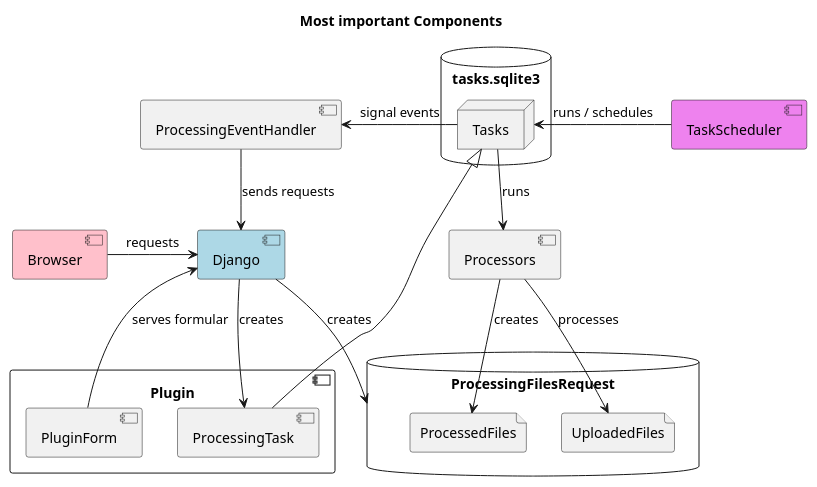
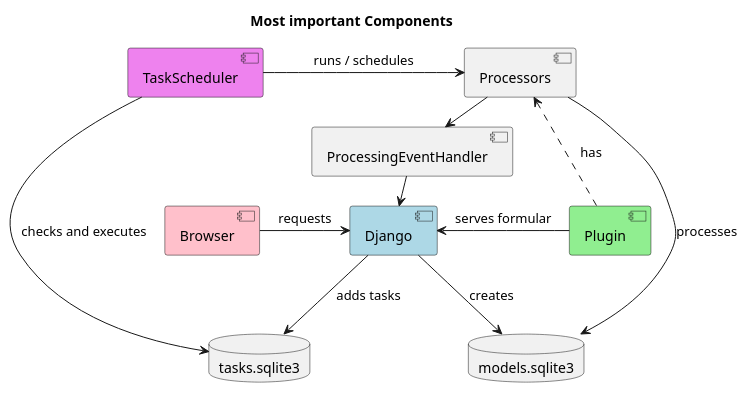
One commit to pIlIp-d/PDF-Compressor changed the diagram in documentation/diagrams/source/components.puml. Above: the diagram before and after it, drawn with PlantUML. The commit also changed 1 other file, not shown here.

Commit message:
simplified Components diagram

```diff
--- a/documentation/diagrams/source/components.puml
+++ b/documentation/diagrams/source/components.puml
@@ -1,32 +1,25 @@
 @startuml
 
     title Most important Components
     component Browser #pink
     component Django #lightblue
     component TaskScheduler #violet
     component Processors
-    database ProcessingFilesRequest{
-        file ProcessedFiles
-        file UploadedFiles
-    }
-    component Plugin {
-        component ProcessingTask
-        component PluginForm
-    }
-    database tasks.sqlite3 {
-        node Tasks
-    }
+    component Plugin #lightgreen
+    component ProcessingEventHandler
+    database models.sqlite3
+    database tasks.sqlite3
 
-    Django -down-> ProcessingFilesRequest: creates
-    Browser -right-> Django: requests
-    TaskScheduler -> Tasks: runs / schedules
-    Tasks --> [ProcessingEventHandler]: signal events
-    ProcessingEventHandler --> Django: sends requests
+    Django --> models.sqlite3: creates
+    Django --> tasks.sqlite3: adds tasks
+    Plugin -> Django: serves formular
+    Plugin -up.> Processors: has
 
-    ProcessingTask -down-|> Tasks
-    Tasks --> Processors: runs
-    Django -down-> ProcessingTask: creates
-    PluginForm -up-> Django: serves formular
-    Processors --> UploadedFiles: processes
-    Processors -> ProcessedFiles: creates
+    Browser -> Django: requests
+    TaskScheduler -> Processors: runs / schedules
+    TaskScheduler -> tasks.sqlite3: checks and executes
+    ProcessingEventHandler -> Django: sends requests
+
+    Processors -> [ProcessingEventHandler]: signal events
+    Processors -down-> models.sqlite3: processes
 @enduml
```
